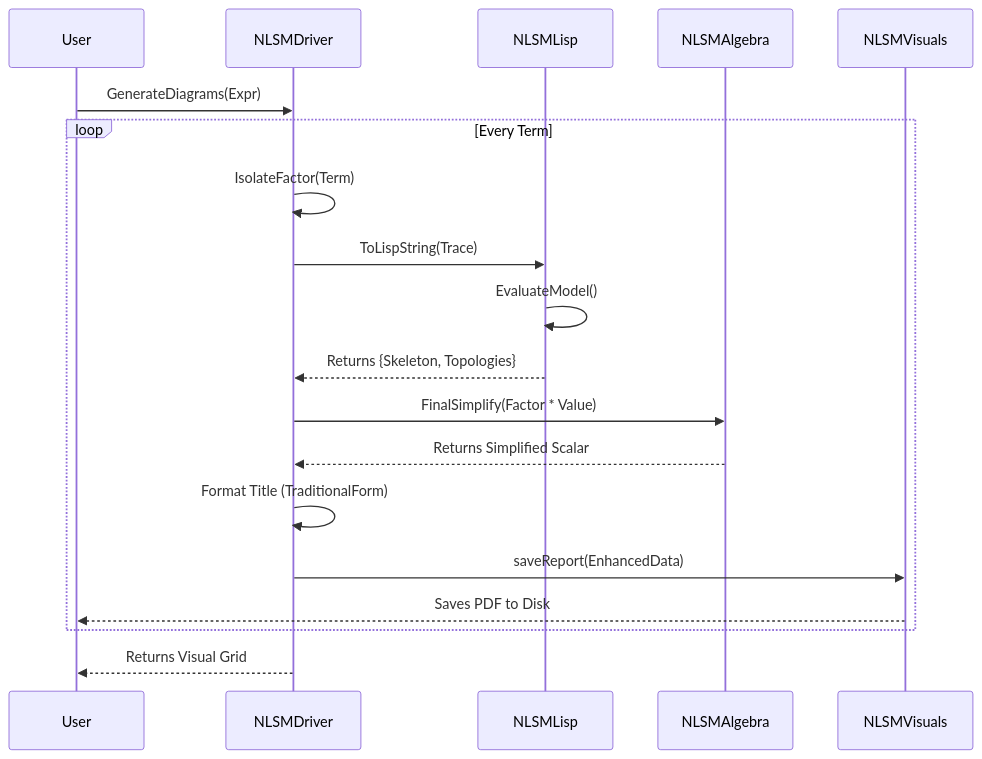
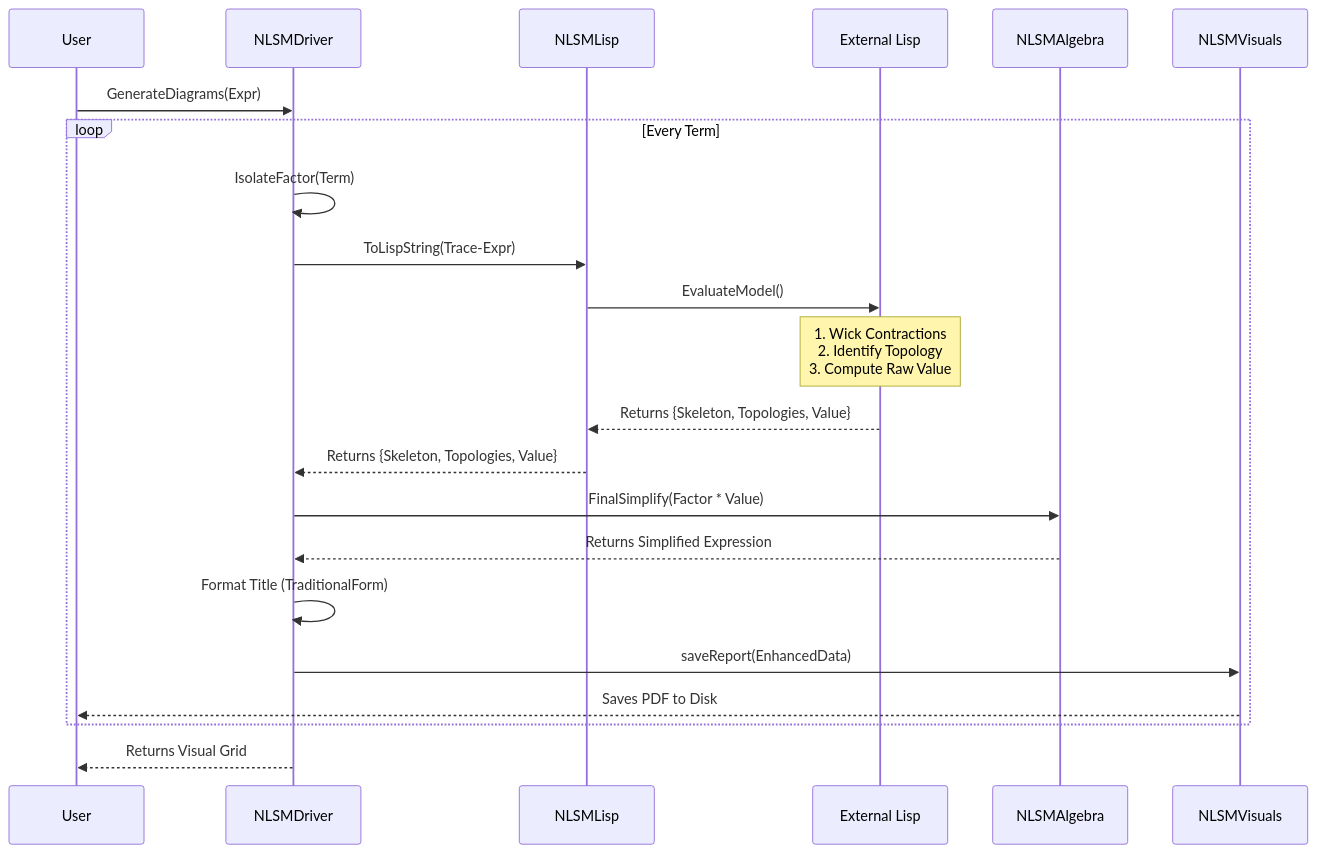
One commit to jitu16/NLSM changed the second of 2 diagrams in Readme.md. Above: the diagram before and after it, drawn with Mermaid. The commit also changed other lines of this file, not shown here.

````diff
--- a/Readme.md
+++ b/Readme.md
@@ -29,28 +36,35 @@
 ```mermaid
 sequenceDiagram
     participant U as User
     participant D as NLSMDriver
     participant L as NLSMLisp
+    participant Li as External Lisp
     participant A as NLSMAlgebra
     participant V as NLSMVisuals
 
     U->>D: GenerateDiagrams(Expr)
     
     loop Every Term
         D->>D: IsolateFactor(Term)
         
-        D->>L: ToLispString(Trace)
-        L->>L: EvaluateModel()
-        L-->>D: Returns {Skeleton, Topologies}
+        %% The Lisp Execution Chain
+        D->>L: ToLispString(Trace-Expr)
+        L->>Li: EvaluateModel()
         
+        Note over Li: 1. Wick Contractions<br/>2. Identify Topology<br/>3. Compute Raw Value
+        
+        Li-->>L: Returns {Skeleton, Topologies, Value}
+        L-->>D: Returns {Skeleton, Topologies, Value}
+        
+        %% The Math & Vis Chain
         D->>A: FinalSimplify(Factor * Value)
-        A-->>D: Returns Simplified Scalar
+        A-->>D: Returns Simplified Expression
         
         D->>D: Format Title (TraditionalForm)
         
         D->>V: saveReport(EnhancedData)
         V-->>U: Saves PDF to Disk
     end
     
     D-->>U: Returns Visual Grid
 ```
````
